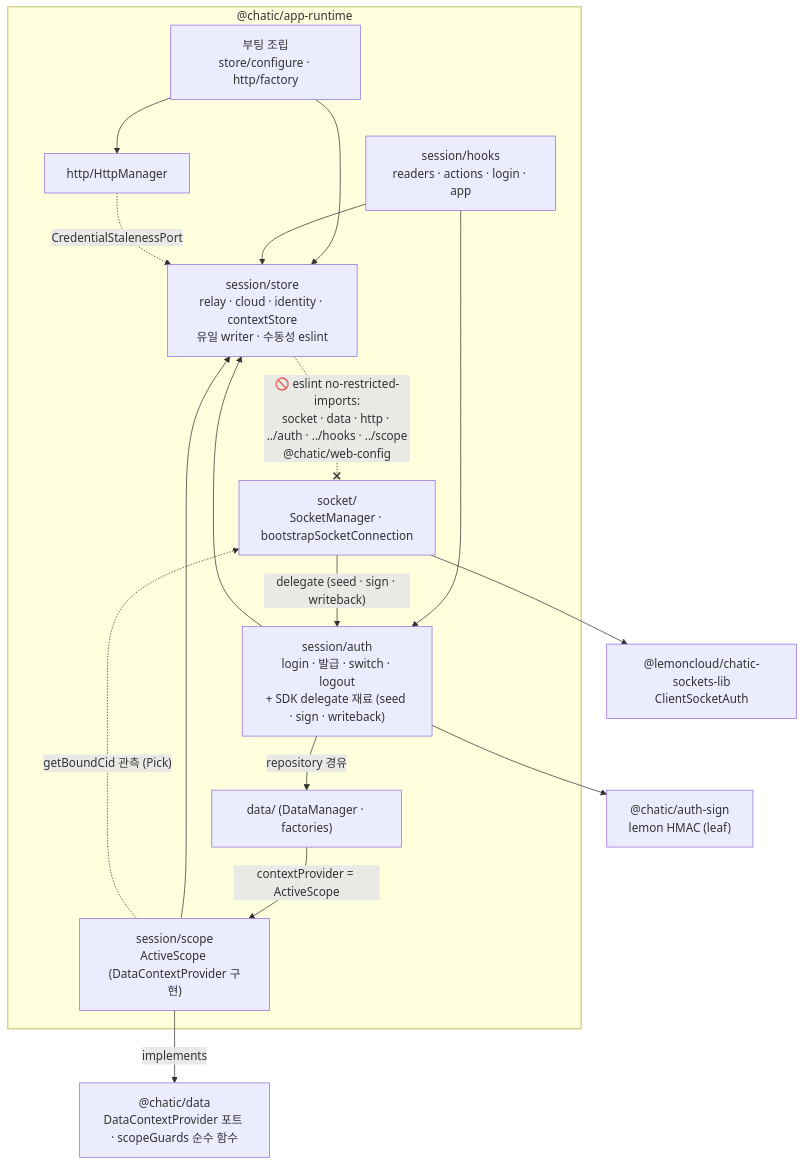
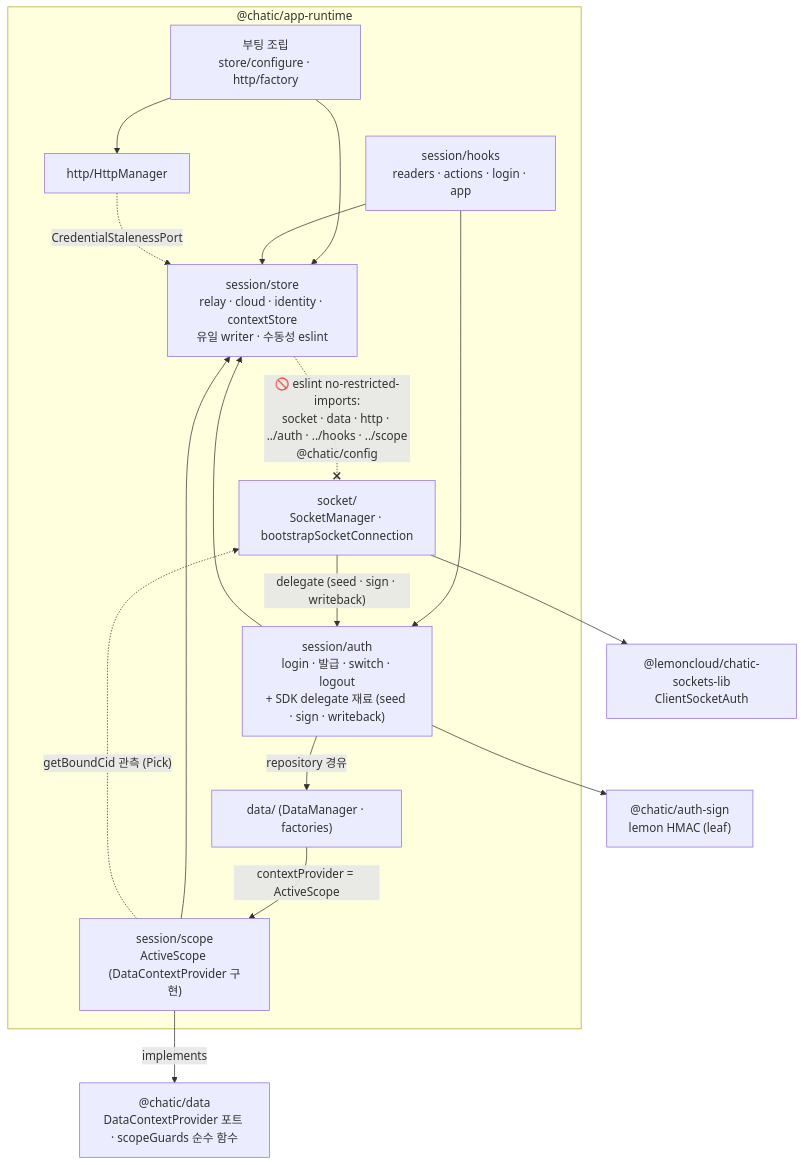
One commit to lemoncloud-io/dou-app changed the first of 2 diagrams in libs/app-runtime/docs/session/architecture.md. Above: the diagram before and after it, drawn with Mermaid. The commit also changed other lines of this file and 8 other files, not shown here.

````diff
--- a/libs/app-runtime/docs/session/architecture.md
+++ b/libs/app-runtime/docs/session/architecture.md
@@ -48,33 +48,33 @@
 ```mermaid
 graph TD
     subgraph RT["@chatic/app-runtime"]
         BOOT["부팅 조립<br/>store/configure · http/factory"]
         HOOKS["session/hooks<br/>readers · actions · login · app"]
         AUTH["session/auth<br/>login · 발급 · switch · logout<br/>+ SDK delegate 재료 (seed · sign · writeback)"]
         SCOPE["session/scope<br/>ActiveScope (DataContextProvider 구현)"]
         STORE["session/store<br/>relay · cloud · identity · contextStore<br/>유일 writer · 수동성 eslint"]
         SOCK["socket/<br/>SocketManager · bootstrapSocketConnection"]
         HM["http/HttpManager"]
         DF["data/ (DataManager · factories)"]
     end
     SG["@chatic/auth-sign<br/>lemon HMAC (leaf)"]
     SDK["@lemoncloud/chatic-sockets-lib<br/>ClientSocketAuth"]
     D["@chatic/data<br/>DataContextProvider 포트 · scopeGuards 순수 함수"]
 
     BOOT --> STORE
     BOOT --> HM
     HOOKS --> AUTH
     HOOKS --> STORE
     AUTH -->|"repository 경유"| DF
     AUTH --> STORE
     AUTH --> SG
     SCOPE --> STORE
     SCOPE -.->|"getBoundCid 관측 (Pick)"| SOCK
     SOCK -->|"delegate (seed · sign · writeback)"| AUTH
     SOCK --> SDK
     HM -.->|"CredentialStalenessPort"| STORE
     DF -->|"contextProvider = ActiveScope"| SCOPE
     SCOPE -->|"implements"| D
 
-    STORE -. "🚫 eslint no-restricted-imports:<br/>socket · data · http · ../auth · ../hooks · ../scope<br/>@chatic/web-config" .-x SOCK
+    STORE -. "🚫 eslint no-restricted-imports:<br/>socket · data · http · ../auth · ../hooks · ../scope<br/>@chatic/config" .-x SOCK
 ```
````
